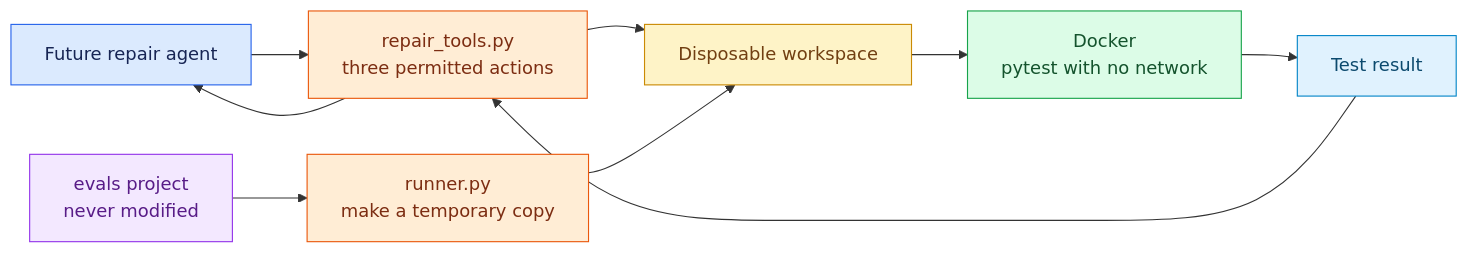
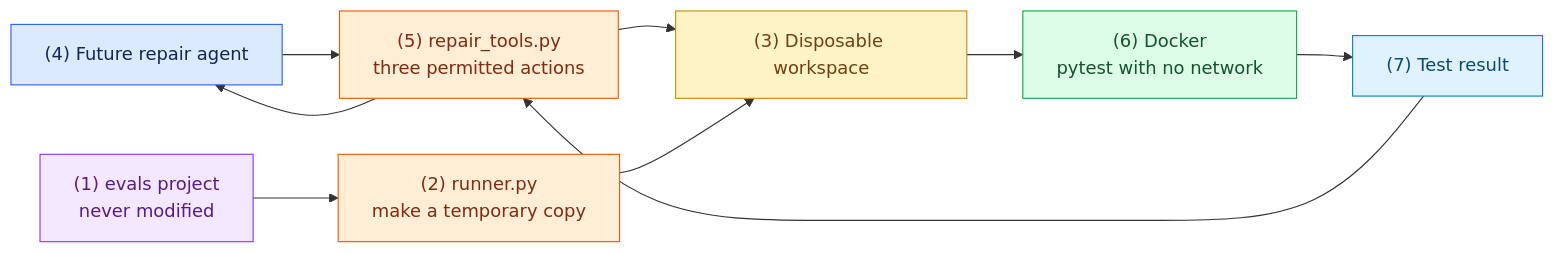
One commit to ForgettaAnthony/coding-agent-lab changed the diagram in tasks/02-sandbox-tools.md. Above: the diagram before and after it, drawn with Mermaid. The commit also changed other lines of this file and 8 other files, not shown here.

Commit message:
docs: number task flow diagrams

````diff
--- a/tasks/02-sandbox-tools.md
+++ b/tasks/02-sandbox-tools.md
@@ -11,26 +13,26 @@
 ```mermaid
 flowchart LR
-    agent["Future repair agent"] --> tools["repair_tools.py\nthree permitted actions"]
-    source["evals project\nnever modified"] --> runner["runner.py\nmake a temporary copy"]
-    tools --> workspace["Disposable workspace"]
+    agent["(4) Future repair agent"] --> tools["(5) repair_tools.py\nthree permitted actions"]
+    source["(1) evals project\nnever modified"] --> runner["(2) runner.py\nmake a temporary copy"]
+    tools --> workspace["(3) Disposable workspace"]
     runner --> workspace
-    workspace --> docker["Docker\npytest with no network"]
-    docker --> result["Test result"]
+    workspace --> docker["(6) Docker\npytest with no network"]
+    docker --> result["(7) Test result"]
     result --> tools
     tools --> agent
 
     classDef agentBox fill:#dbeafe,stroke:#2563eb,color:#172554
     classDef sourceBox fill:#f3e8ff,stroke:#9333ea,color:#581c87
     classDef toolBox fill:#ffedd5,stroke:#ea580c,color:#7c2d12
     classDef workspaceBox fill:#fef3c7,stroke:#ca8a04,color:#713f12
     classDef dockerBox fill:#dcfce7,stroke:#16a34a,color:#14532d
     classDef resultBox fill:#e0f2fe,stroke:#0284c7,color:#0c4a6e
 
     class agent agentBox
     class source sourceBox
     class tools toolBox
     class workspace workspaceBox
     class runner toolBox
     class docker dockerBox
     class result resultBox
 ```
````
